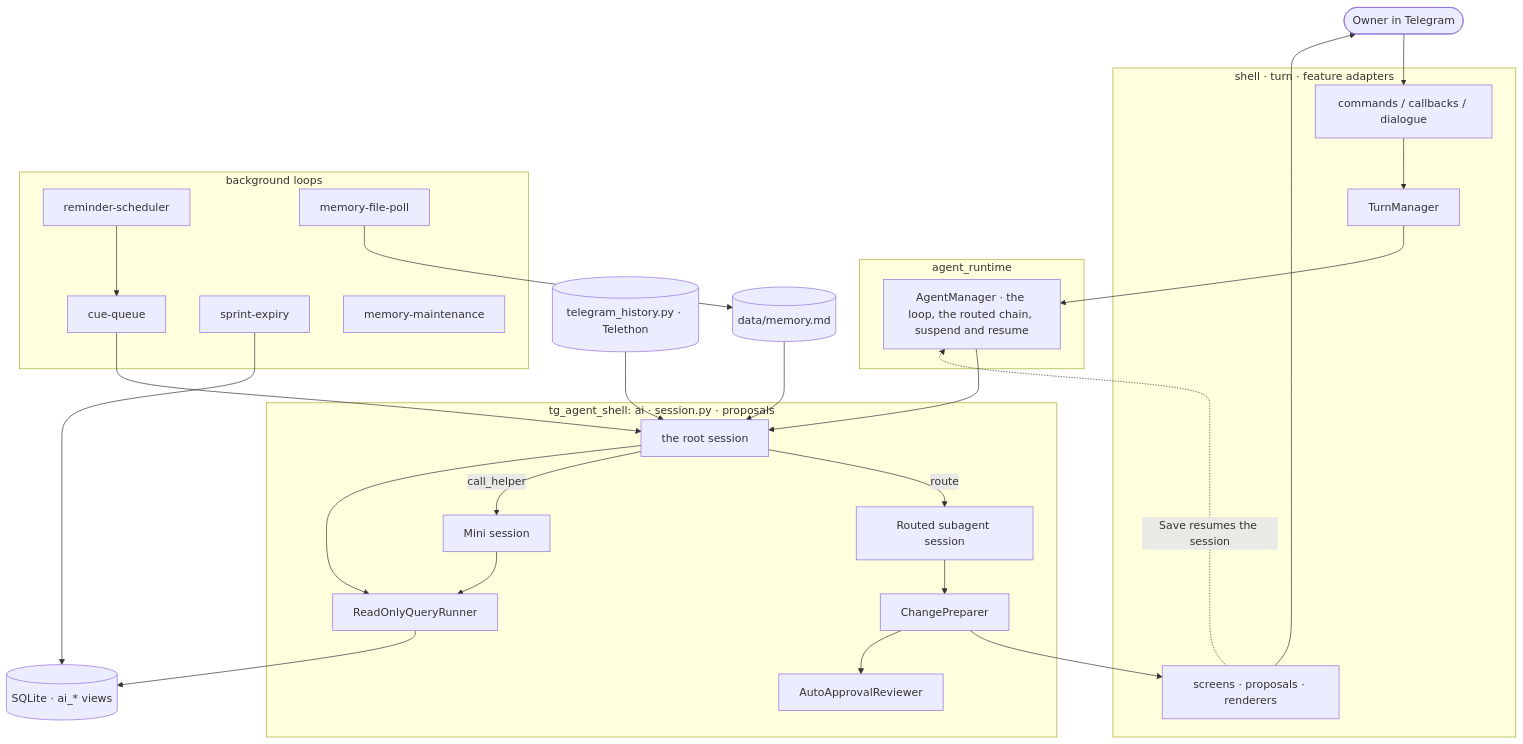
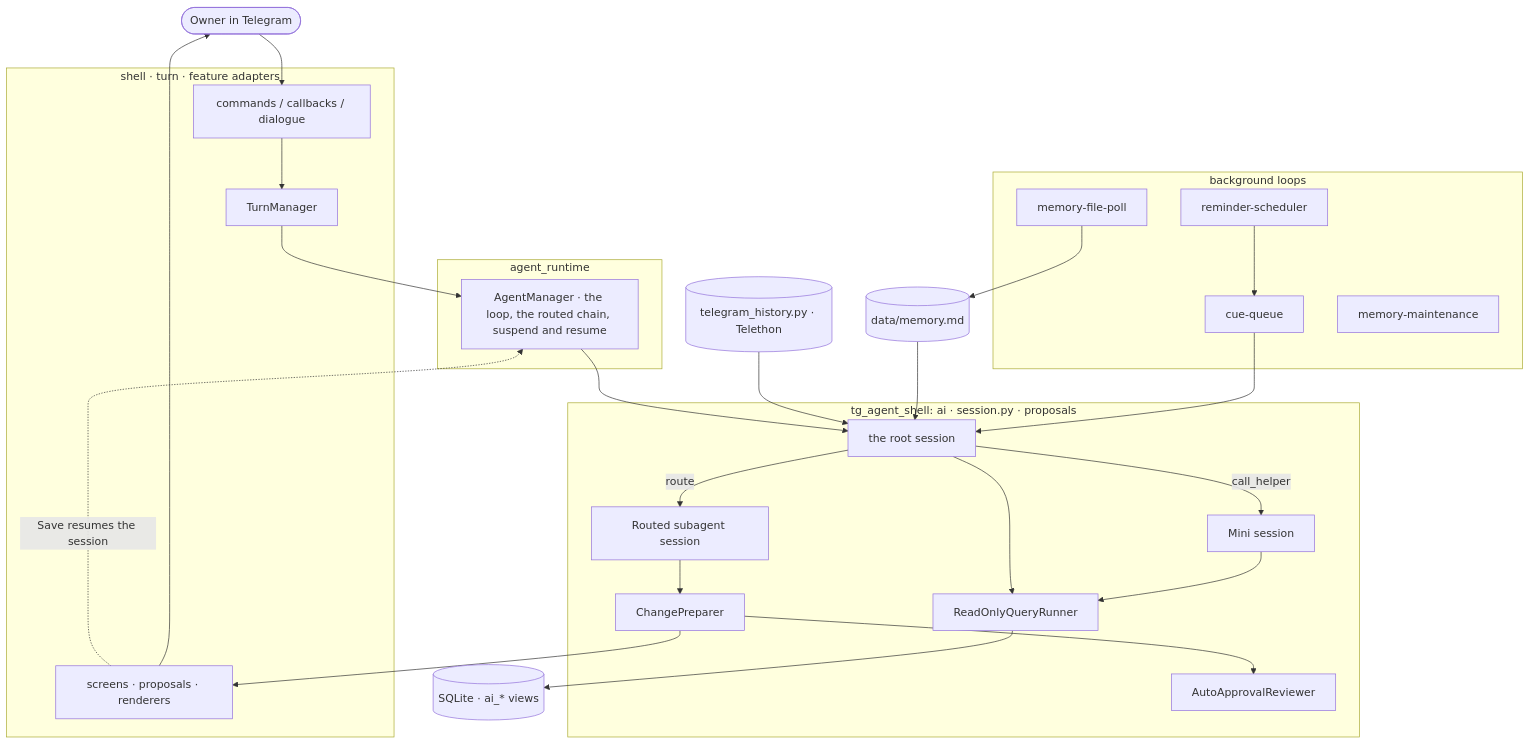
One commit to myvaheed/tg-ai-safwa changed the third of 13 diagrams in docs/AGENT_ARCH.md. Above: the diagram before and after it, drawn with Mermaid. The commit also changed other lines of this file and 55 other files, not shown here.

````diff
--- a/docs/AGENT_ARCH.md
+++ b/docs/AGENT_ARCH.md
@@ -123,46 +123,44 @@
 ```mermaid
 flowchart TB
     OWNER([Owner in Telegram])
     subgraph TG[shell · turn · feature adapters]
         HANDLERS[commands / callbacks / dialogue]
         GUARD[TurnManager]
         SCREENS[screens · proposals · renderers]
     end
     subgraph RT[agent_runtime]
         MGR[AgentManager · the loop, the routed chain, suspend and resume]
     end
     subgraph AI[tg_agent_shell: ai · session.py · proposals]
         ADV[the root session]
         SUB[Routed subagent session]
         MINI[Mini session]
         PREP[ChangePreparer]
         AUTO[AutoApprovalReviewer]
         SQL[ReadOnlyQueryRunner]
     end
     subgraph BG[background loops]
         CUE[cue-queue]
         REM[reminder-scheduler]
-        SPR[sprint-expiry]
         MEMP[memory-file-poll]
         MEMM[memory-maintenance]
     end
     HIST[(telegram_history.py · Telethon)]
     MEM[(data/memory.md)]
     DB[(SQLite · ai_* views)]
 
     OWNER --> HANDLERS --> GUARD --> MGR
     MGR --> ADV
     SCREENS -.->|Save resumes the session| MGR
     ADV -->|route| SUB
     ADV -->|call_helper| MINI
     SUB --> PREP --> SCREENS --> OWNER
     PREP --> AUTO
     ADV --> SQL --> DB
     MINI --> SQL
     HIST --> ADV
     MEM --> ADV
     CUE --> ADV
     REM --> CUE
-    SPR --> DB
     MEMP --> MEM
 ```
````
